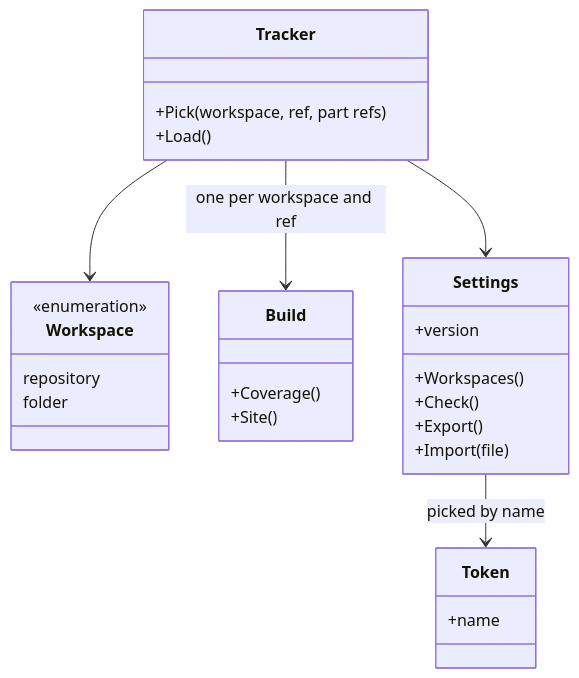
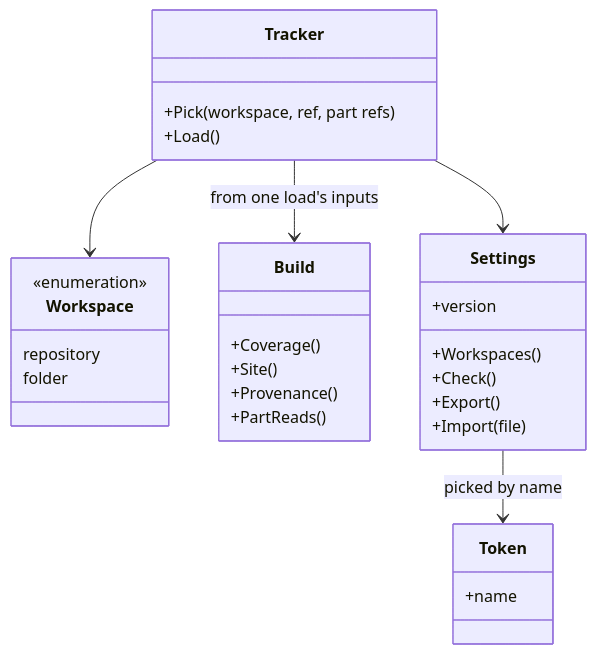
Before and after one commit to hieutran21198/Artifact-Driven-Framework: the first of 2 diagrams in docs/software-knowledges/artifacts/tracker/specification.md, drawn with Mermaid. The commit also changed other lines of this file and 4 other files, not shown here.

Commit message:
Define tracker safety and scan provenance for #35 (#36)

````diff
--- a/docs/software-knowledges/artifacts/tracker/specification.md
+++ b/docs/software-knowledges/artifacts/tracker/specification.md
@@ -10,30 +10,32 @@
 ```mermaid
 classDiagram
     class Tracker {
         +Pick(workspace, ref, part refs)
         +Load()
     }
     class Workspace {
         <<enumeration>>
         repository
         folder
     }
     class Build {
         +Coverage()
         +Site()
+        +Provenance()
+        +PartReads()
     }
     class Settings {
         +version
         +Workspaces()
         +Check()
         +Export()
         +Import(file)
     }
     Tracker --> Workspace
-    Tracker --> Build : one per workspace and ref
+    Tracker --> Build : from one load's inputs
     class Token {
         +name
     }
     Tracker --> Settings
     Settings --> Token : picked by name
 ```
````
